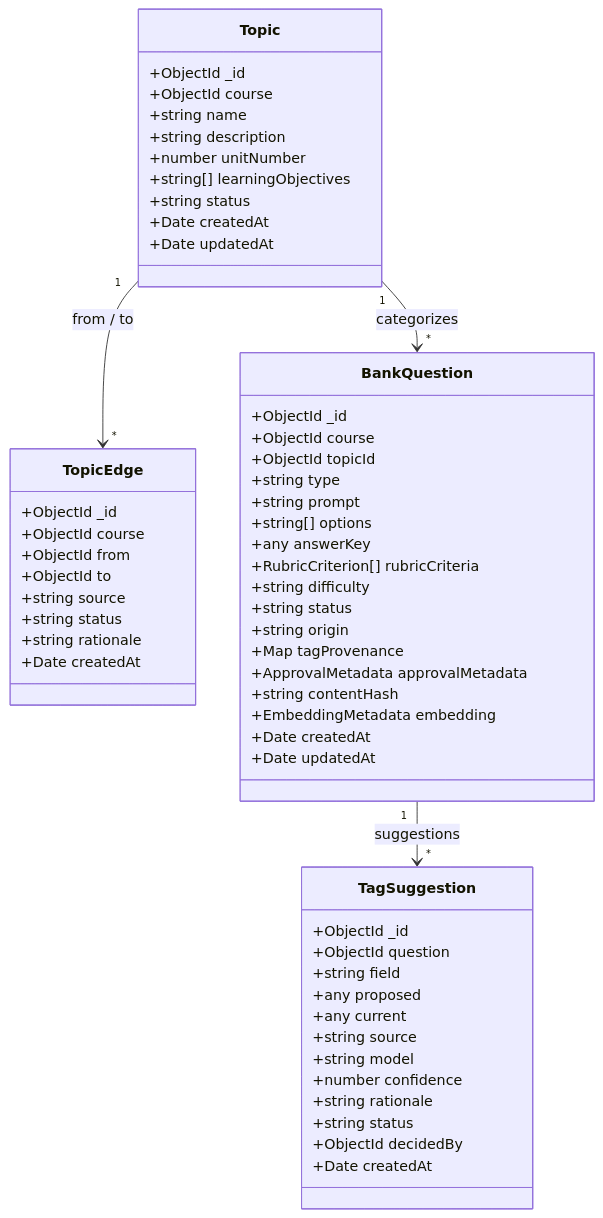
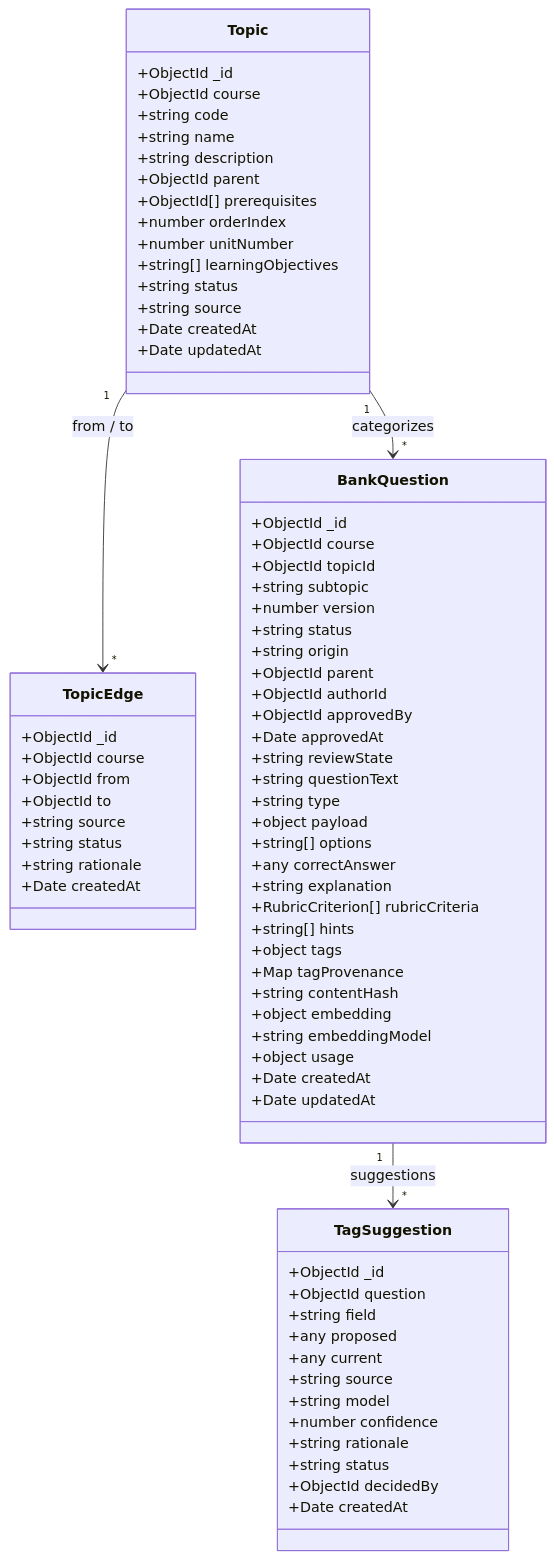
One commit to Aarathi1535/assignment_evaluation-IIIT-Hyd changed the second of 9 diagrams in docs/learning-module.md. Above: the diagram before and after it, drawn with Mermaid. The commit also changed other lines of this file and 2 other files, not shown here.

Commit message:
docs(learning): align design note with review

````diff
--- a/docs/learning-module.md
+++ b/docs/learning-module.md
@@ -84,64 +87,80 @@
 ```mermaid
 classDiagram
     class Topic {
         +ObjectId _id
         +ObjectId course
+        +string code
         +string name
         +string description
+        +ObjectId parent
+        +ObjectId[] prerequisites
+        +number orderIndex
         +number unitNumber
         +string[] learningObjectives
         +string status
+        +string source
         +Date createdAt
         +Date updatedAt
     }
 
     class TopicEdge {
         +ObjectId _id
         +ObjectId course
         +ObjectId from
         +ObjectId to
         +string source
         +string status
         +string rationale
         +Date createdAt
     }
 
     class BankQuestion {
         +ObjectId _id
         +ObjectId course
         +ObjectId topicId
-        +string type
-        +string prompt
-        +string[] options
-        +any answerKey
-        +RubricCriterion[] rubricCriteria
-        +string difficulty
+        +string subtopic
+        +number version
         +string status
         +string origin
+        +ObjectId parent
+        +ObjectId authorId
+        +ObjectId approvedBy
+        +Date approvedAt
+        +string reviewState
+        +string questionText
+        +string type
+        +object payload
+        +string[] options
+        +any correctAnswer
+        +string explanation
+        +RubricCriterion[] rubricCriteria
+        +string[] hints
+        +object tags
         +Map tagProvenance
-        +ApprovalMetadata approvalMetadata
         +string contentHash
-        +EmbeddingMetadata embedding
+        +object embedding
+        +string embeddingModel
+        +object usage
         +Date createdAt
         +Date updatedAt
     }
 
     class TagSuggestion {
         +ObjectId _id
         +ObjectId question
         +string field
         +any proposed
         +any current
         +string source
         +string model
         +number confidence
         +string rationale
         +string status
         +ObjectId decidedBy
         +Date createdAt
     }
 
     Topic "1" --> "*" TopicEdge : from / to
     Topic "1" --> "*" BankQuestion : categorizes
     BankQuestion "1" --> "*" TagSuggestion : suggestions
 ```
````
